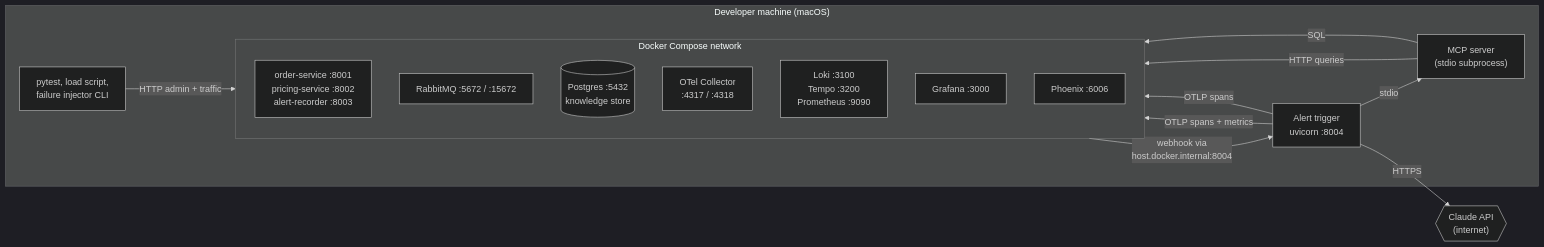
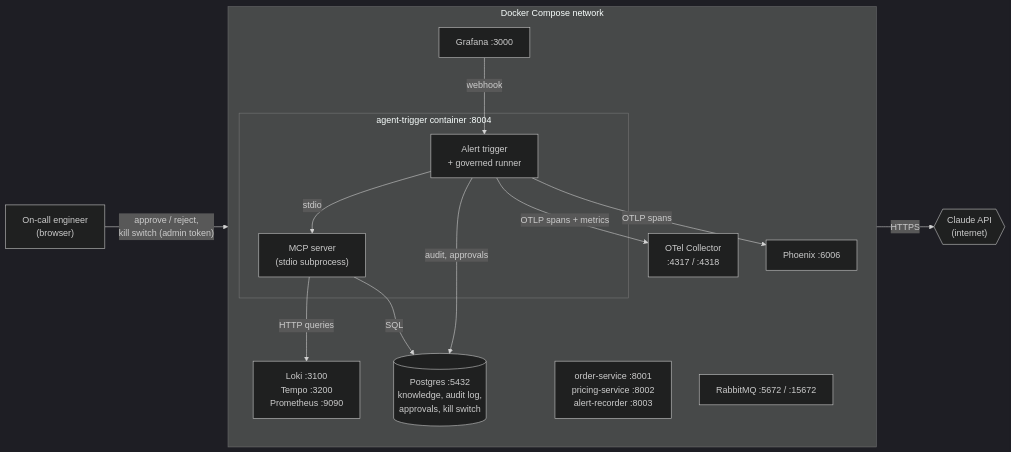
One commit to ankgupt9/agentic-incident-response changed the fifth of 9 diagrams in docs/solution-design.md. Above: the diagram before and after it, drawn with Mermaid (dark theme). The commit also changed other lines of this file and 23 other files, not shown here.

````diff
--- a/docs/solution-design.md
+++ b/docs/solution-design.md
@@ -299,30 +299,30 @@
 ```mermaid
 flowchart LR
     CLAUDE{{"Claude API<br/>(internet)"}}
+    PERSON["On-call engineer<br/>(browser)"]
 
-    subgraph HOST["Developer machine (macOS)"]
-        AG["Alert trigger<br/>uvicorn :8004"]
-        MCPP["MCP server<br/>(stdio subprocess)"]
-        CLI["pytest, load script,<br/>failure injector CLI"]
-
-        subgraph DC["Docker Compose network"]
-            direction TB
-            SVCS["order-service :8001<br/>pricing-service :8002<br/>alert-recorder :8003"]
-            MQ["RabbitMQ :5672 / :15672"]
-            PG[("Postgres :5432<br/>knowledge store")]
-            COL["OTel Collector<br/>:4317 / :4318"]
-            BE["Loki :3100<br/>Tempo :3200<br/>Prometheus :9090"]
-            GRAF["Grafana :3000"]
-            PHX["Phoenix :6006"]
+    subgraph DC["Docker Compose network"]
+        direction TB
+        subgraph AGC["agent-trigger container :8004"]
+            AG["Alert trigger<br/>+ governed runner"]
+            MCPP["MCP server<br/>(stdio subprocess)"]
         end
+        SVCS["order-service :8001<br/>pricing-service :8002<br/>alert-recorder :8003"]
+        MQ["RabbitMQ :5672 / :15672"]
+        PG[("Postgres :5432<br/>knowledge, audit log,<br/>approvals, kill switch")]
+        COL["OTel Collector<br/>:4317 / :4318"]
+        BE["Loki :3100<br/>Tempo :3200<br/>Prometheus :9090"]
+        GRAF["Grafana :3000"]
+        PHX["Phoenix :6006"]
     end
 
     AG -- "HTTPS" --> CLAUDE
     AG -- "stdio" --> MCPP
     MCPP -- "HTTP queries" --> BE
     MCPP -- "SQL" --> PG
+    AG -- "audit, approvals" --> PG
     AG -- "OTLP spans + metrics" --> COL
     AG -- "OTLP spans" --> PHX
-    GRAF -- "webhook via<br/>host.docker.internal:8004" --> AG
-    CLI -- "HTTP admin + traffic" --> SVCS
+    GRAF -- "webhook" --> AG
+    PERSON -- "approve / reject,<br/>kill switch (admin token)" --> AG
 ```
````
